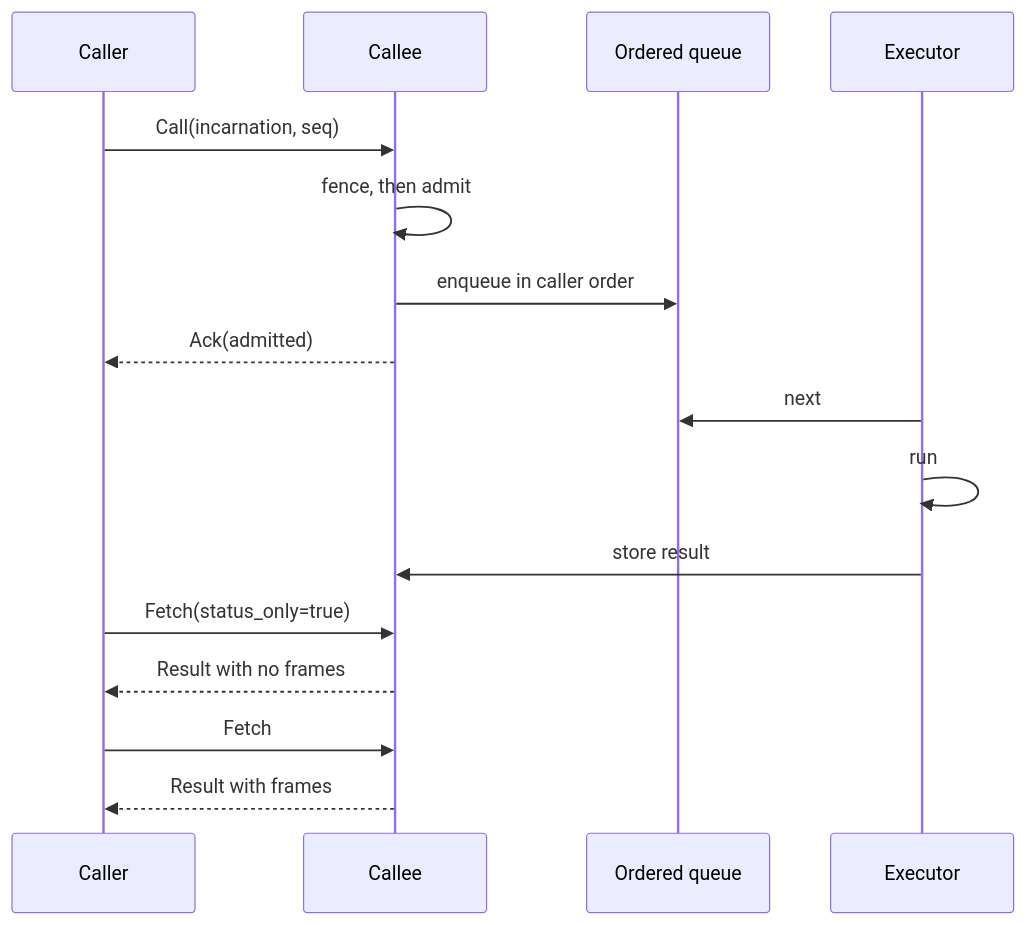
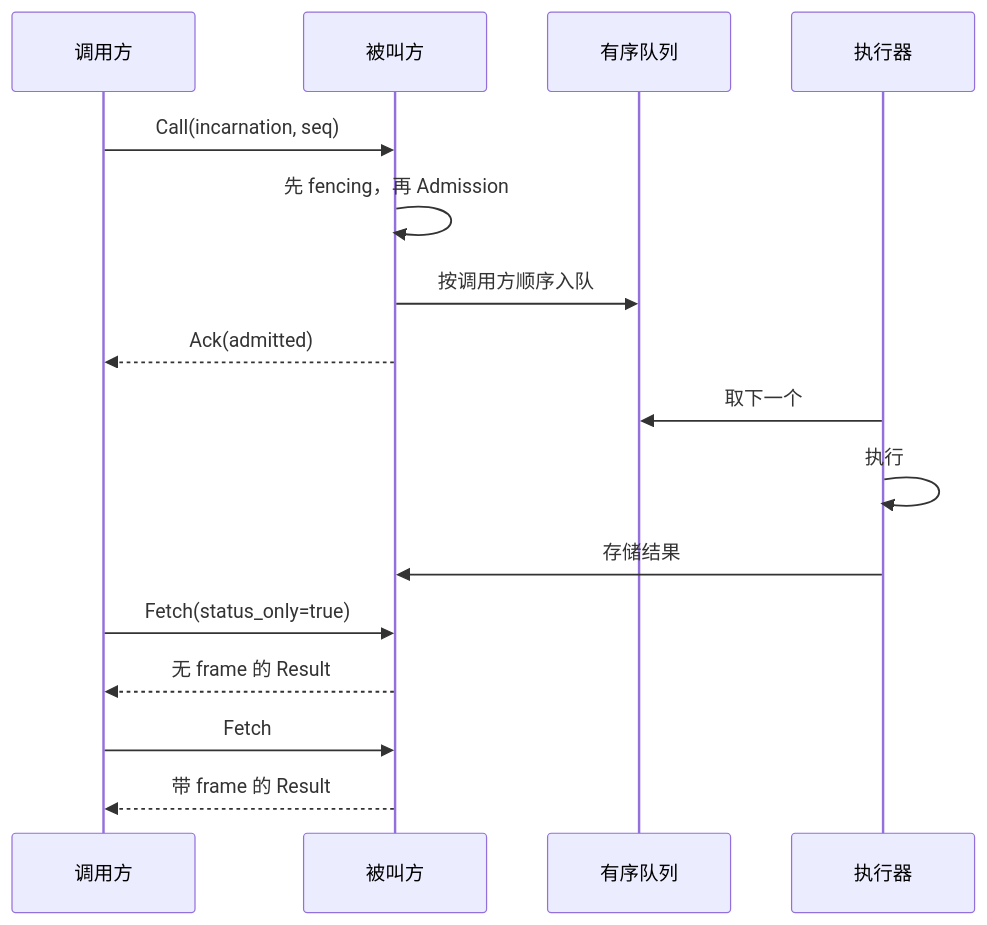
One commit to HSPK/tinyray changed the first of 2 diagrams in docs/04-protocols/03-control-rpc.md. Above: the diagram before and after it, drawn with Mermaid. The commit also changed other lines of this file and 33 other files, not shown here.

````diff
--- a/docs/04-protocols/03-control-rpc.md
+++ b/docs/04-protocols/03-control-rpc.md
@@ -63,19 +61,19 @@
 ```mermaid
 sequenceDiagram
-    participant C as Caller
-    participant S as Callee
-    participant Q as Ordered queue
-    participant E as Executor
+    participant C as 调用方
+    participant S as 被叫方
+    participant Q as 有序队列
+    participant E as 执行器
 
     C->>S: Call(incarnation, seq)
-    S->>S: fence, then admit
-    S->>Q: enqueue in caller order
+    S->>S: 先 fencing，再 Admission
+    S->>Q: 按调用方顺序入队
     S-->>C: Ack(admitted)
-    E->>Q: next
-    E->>E: run
-    E->>S: store result
+    E->>Q: 取下一个
+    E->>E: 执行
+    E->>S: 存储结果
     C->>S: Fetch(status_only=true)
-    S-->>C: Result with no frames
+    S-->>C: 无 frame 的 Result
     C->>S: Fetch
-    S-->>C: Result with frames
+    S-->>C: 带 frame 的 Result
 ```
````
